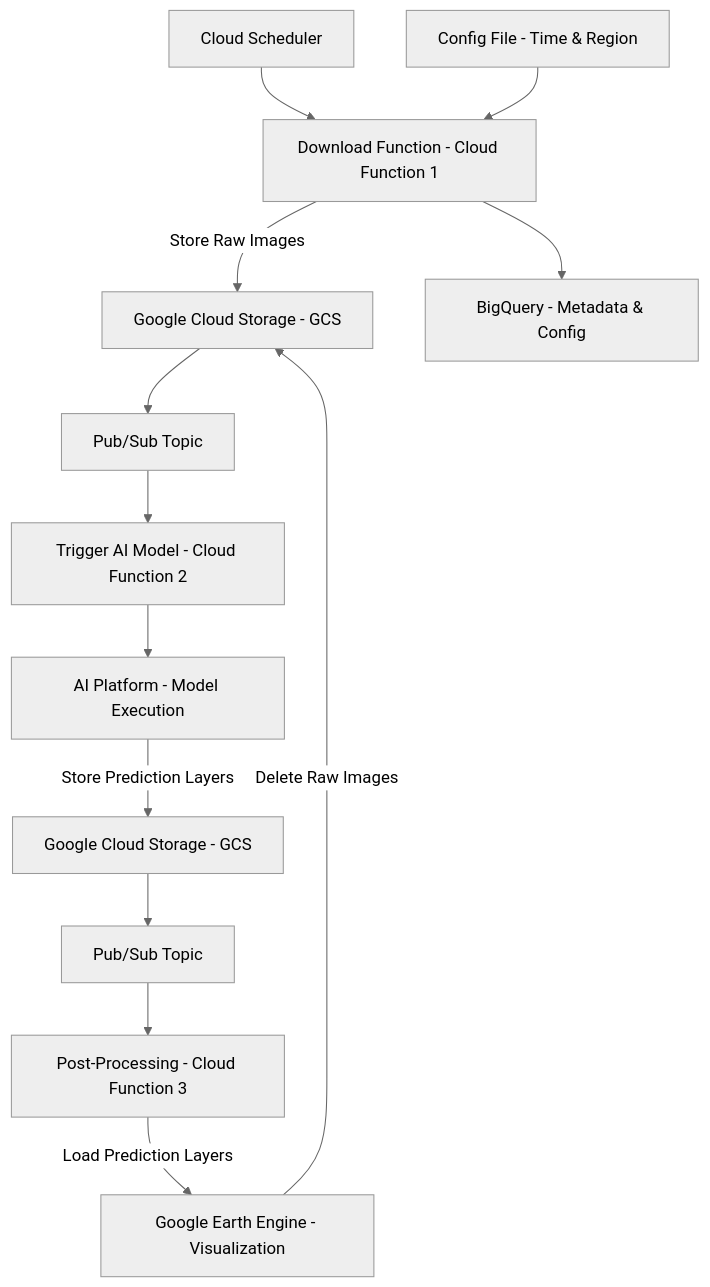
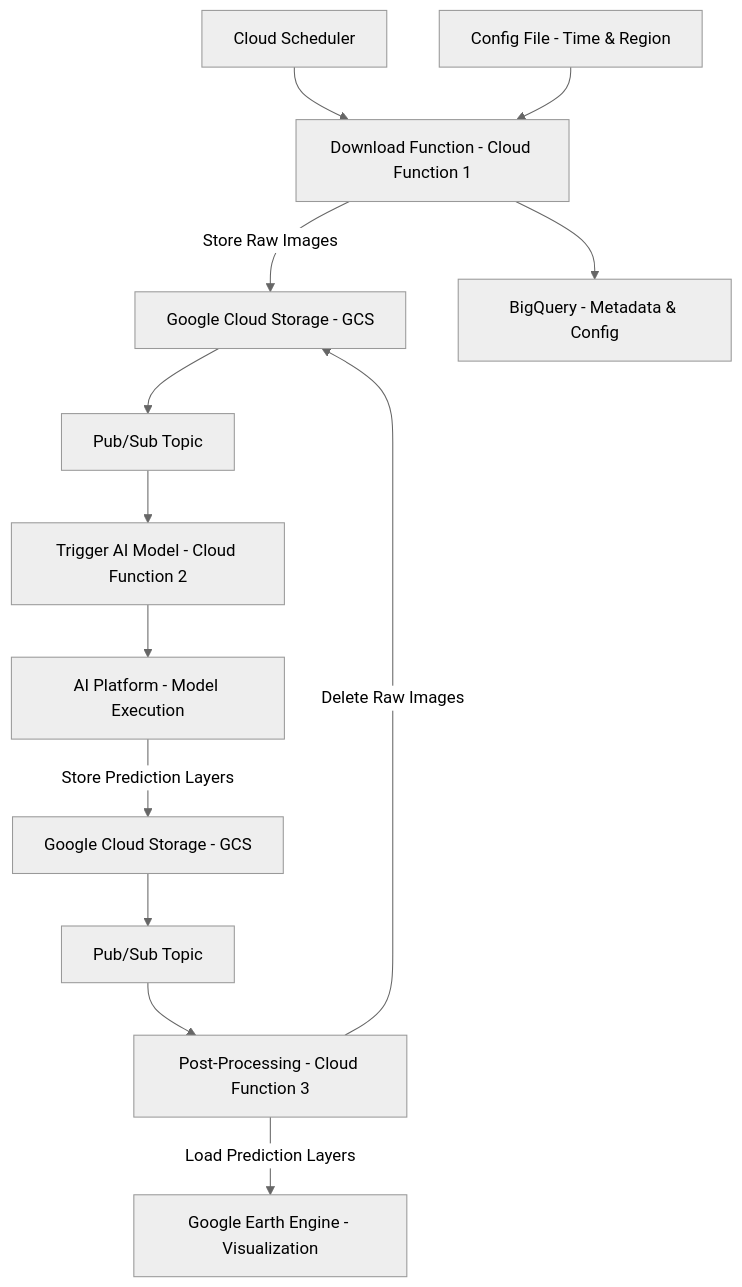
Before and after one commit to MI4People/Marine_Litter: the first of 2 diagrams in README.md, drawn with Mermaid (neutral theme).

````diff
--- a/README.md
+++ b/README.md
@@ -38,15 +38,15 @@
 ```mermaid
 graph TD
     A[Cloud Scheduler] --> B[Download Function - Cloud Function 1]
     B --> |Store Raw Images| C[Google Cloud Storage - GCS]
     B --> D[BigQuery - Metadata & Config]
     E[Config File - Time & Region] --> B 
     C --> F[Pub/Sub Topic]
     F --> G[Trigger AI Model - Cloud Function 2]
     G --> H[AI Platform - Model Execution]
     H --> |Store Prediction Layers| I[Google Cloud Storage - GCS]
     I --> J[Pub/Sub Topic]
     J --> K[Post-Processing - Cloud Function 3]
     K --> |Load Prediction Layers| L[Google Earth Engine - Visualization]
-    L -->|Delete Raw Images| C
+    K -->|Delete Raw Images| C
 ```
````
